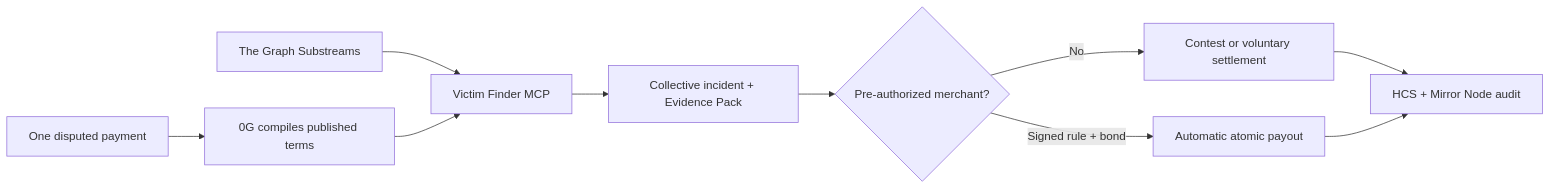
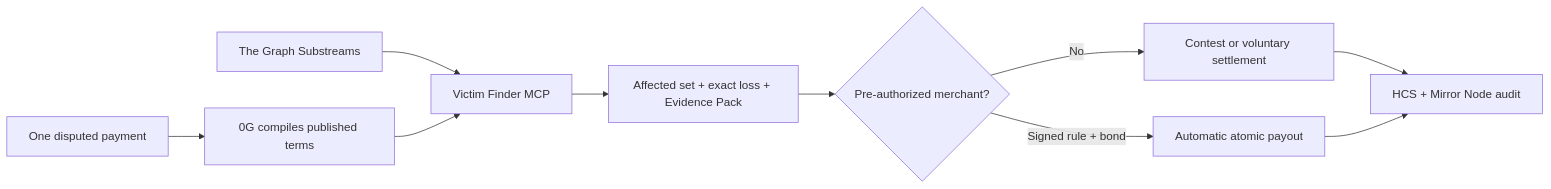
Before and after one commit to jstmepedr0/ETH-Global-2026: the diagram in README.md, drawn with Mermaid. The commit also changed other lines of this file and 3 other files, not shown here.

````diff
--- a/README.md
+++ b/README.md
@@ -99,12 +108,12 @@
 ```mermaid
 flowchart LR
   D["One disputed payment"] --> C["0G compiles published terms"]
   G["The Graph Substreams"] --> V["Victim Finder MCP"]
   C --> V
-  V --> I["Collective incident + Evidence Pack"]
+  V --> I["Affected set + exact loss + Evidence Pack"]
   I --> Q{"Pre-authorized merchant?"}
   Q -->|"No"| U["Contest or voluntary settlement"]
   Q -->|"Signed rule + bond"| P["Automatic atomic payout"]
   U --> H["HCS + Mirror Node audit"]
   P --> H
 ```
````
